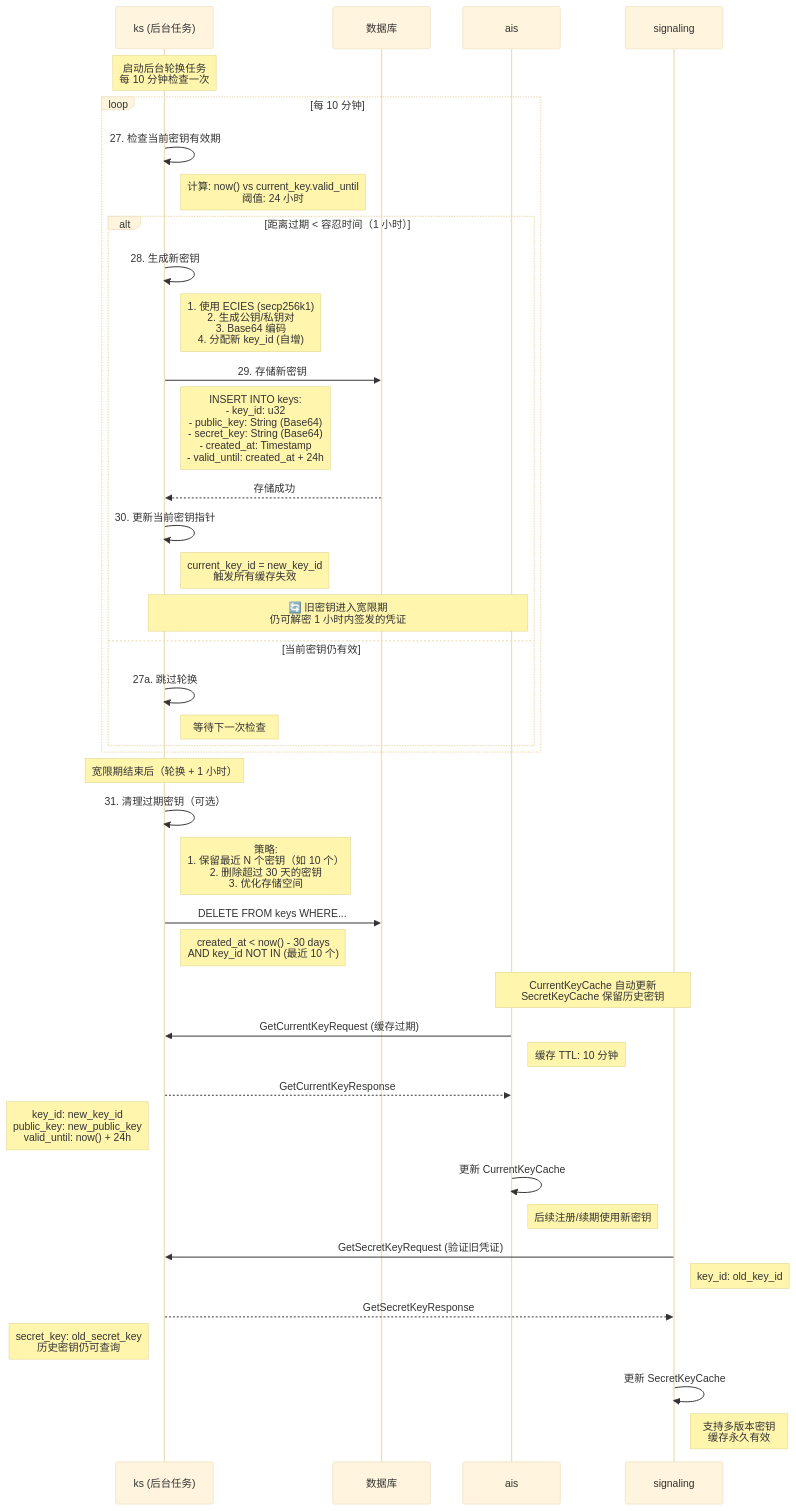
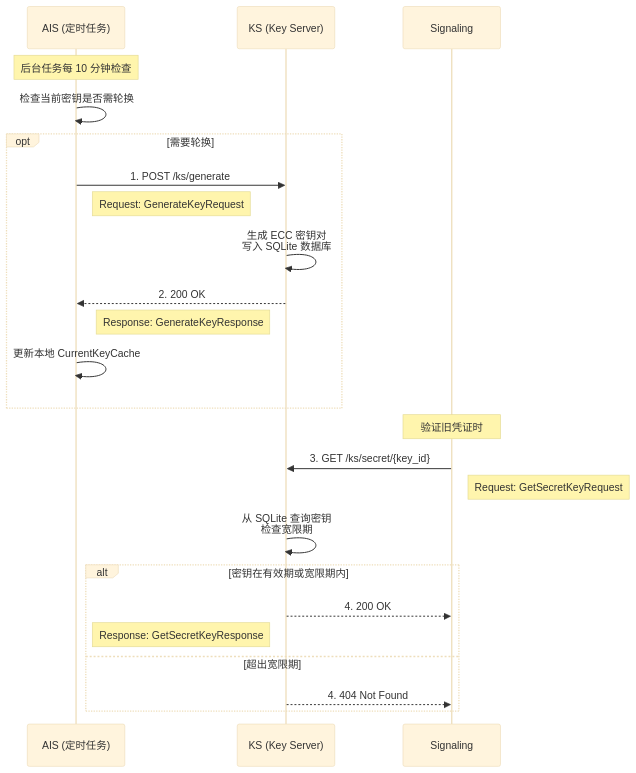
The diagram in zh-hans/5.5-key-rotation.md (actor-rtc/actor-rtc.github.io), drawn with Mermaid (base theme) before and after one commit. The commit also changed other lines of this file and 1 other file, not shown here.

Commit message:
feat(ks): rename grace_period_seconds -> tolerance_seconds; mark/tolerant returned keys; propagate to signaling/actr

````diff
--- a/zh-hans/5.5-key-rotation.md
+++ b/zh-hans/5.5-key-rotation.md
@@ -9,61 +13,36 @@
 ```mermaid
 sequenceDiagram
-    participant ks as ks (后台任务)
-    participant db as 数据库
-    participant ais as ais
-    participant signaling as signaling
+    participant ais as AIS (定时任务)
+    participant ks as KS (Key Server)
+    participant signaling as Signaling
 
-    Note over ks: 启动后台轮换任务<br/>每 10 分钟检查一次
+    Note over ais: 后台任务每 10 分钟检查
 
-    loop 每 10 分钟
-        ks->>ks: 27. 检查当前密钥有效期
-        Note right of ks: 计算: now() vs current_key.valid_until<br/>阈值: 24 小时
-
-        alt 距离过期 < 容忍时间（1 小时）
-            ks->>ks: 28. 生成新密钥
-            Note right of ks: 1. 使用 ECIES (secp256k1)<br/>2. 生成公钥/私钥对<br/>3. Base64 编码<br/>4. 分配新 key_id (自增)
-
-            ks->>db: 29. 存储新密钥
-            Note right of ks: INSERT INTO keys:<br/>- key_id: u32<br/>- public_key: String (Base64)<br/>- secret_key: String (Base64)<br/>- created_at: Timestamp<br/>- valid_until: created_at + 24h
-
-            db-->>ks: 存储成功
-
-            ks->>ks: 30. 更新当前密钥指针
-            Note right of ks: current_key_id = new_key_id<br/>触发所有缓存失效
-
-            Note over ks,ais: 🔄 旧密钥进入宽限期<br/>仍可解密 1 小时内签发的凭证
-
-        else 当前密钥仍有效
-            ks->>ks: 27a. 跳过轮换
-            Note right of ks: 等待下一次检查
-        end
+    ais->>ais: 检查当前密钥是否需轮换
+    
+    opt 需要轮换
+        ais->>ks: 1. POST /ks/generate
+        Note right of ais: Request: GenerateKeyRequest
+        
+        ks->>ks: 生成 ECC 密钥对<br/>写入 SQLite 数据库
+        
+        ks-->>ais: 2. 200 OK
+        Note left of ks: Response: GenerateKeyResponse
+        
+        ais->>ais: 更新本地 CurrentKeyCache
     end
 
-    Note over ks: 宽限期结束后（轮换 + 1 小时）
+    Note over signaling: 验证旧凭证时
 
-    ks->>ks: 31. 清理过期密钥（可选）
-    Note right of ks: 策略:<br/>1. 保留最近 N 个密钥（如 10 个）<br/>2. 删除超过 30 天的密钥<br/>3. 优化存储空间
-
-    ks->>db: DELETE FROM keys WHERE...
-    Note right of ks: created_at < now() - 30 days<br/>AND key_id NOT IN (最近 10 个)
-
-    Note over ais,signaling: CurrentKeyCache 自动更新<br/>SecretKeyCache 保留历史密钥
-
-    ais->>ks: GetCurrentKeyRequest (缓存过期)
-    Note right of ais: 缓存 TTL: 10 分钟
-
-    ks-->>ais: GetCurrentKeyResponse
-    Note left of ks: key_id: new_key_id<br/>public_key: new_public_key<br/>valid_until: now() + 24h
-
-    ais->>ais: 更新 CurrentKeyCache
-    Note right of ais: 后续注册/续期使用新密钥
-
-    signaling->>ks: GetSecretKeyRequest (验证旧凭证)
-    Note right of signaling: key_id: old_key_id
-
-    ks-->>signaling: GetSecretKeyResponse
-    Note left of ks: secret_key: old_secret_key<br/>历史密钥仍可查询
-
-    signaling->>signaling: 更新 SecretKeyCache
-    Note right of signaling: 支持多版本密钥<br/>缓存永久有效
+    signaling->>ks: 3. GET /ks/secret/{key_id}
+    Note right of signaling: Request: GetSecretKeyRequest
+    
+    ks->>ks: 从 SQLite 查询密钥<br/>检查宽限期
+    
+    alt 密钥在有效期或宽限期内
+        ks-->>signaling: 4. 200 OK
+        Note left of ks: Response: GetSecretKeyResponse
+    else 超出宽限期
+        ks-->>signaling: 4. 404 Not Found
+    end
 ```
````
